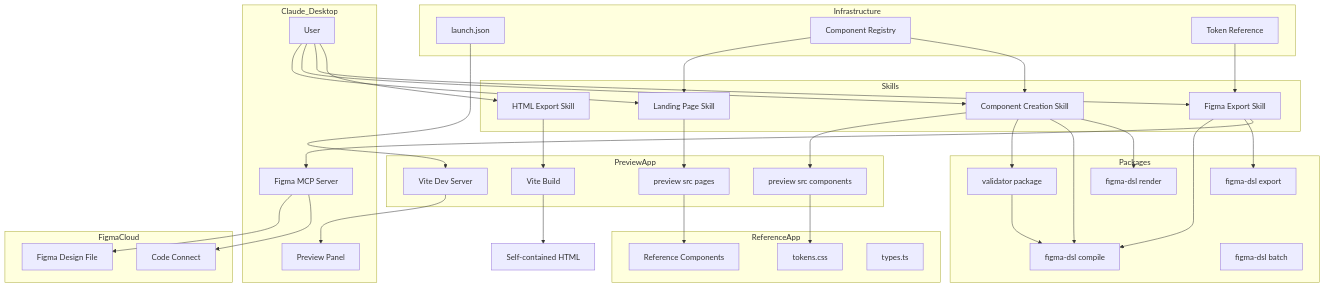
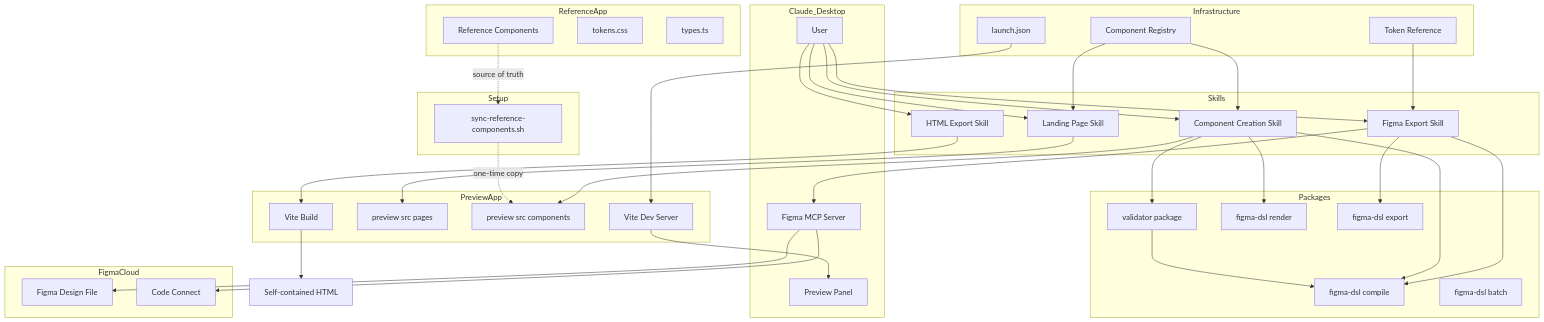
The first of 7 diagrams in .kiro/specs/claude-desktop-interactive-workflow/design.md (TETRA2000/figma-component-dsl), drawn with Mermaid before and after one commit. The commit also changed other lines of this file and 2 other files, not shown here.

````diff
--- a/.kiro/specs/claude-desktop-interactive-workflow/design.md
+++ b/.kiro/specs/claude-desktop-interactive-workflow/design.md
@@ -37,78 +37,82 @@
 ```mermaid
 graph TB
     subgraph Claude_Desktop
         User[User]
         Preview[Preview Panel]
         FigmaMCP[Figma MCP Server]
     end
 
     subgraph Skills
         LandingSkill[Landing Page Skill]
         ComponentSkill[Component Creation Skill]
         FigmaSkill[Figma Export Skill]
         HTMLSkill[HTML Export Skill]
     end
 
     subgraph Infrastructure
         LaunchJSON[launch.json]
         Registry[Component Registry]
         TokenRef[Token Reference]
     end
 
     subgraph PreviewApp
         ViteDev[Vite Dev Server]
         SrcPages[preview src pages]
         SrcComponents[preview src components]
         ViteBuild[Vite Build]
     end
 
     subgraph Packages
         Validator[validator package]
         Compile[figma-dsl compile]
         Render[figma-dsl render]
         Export[figma-dsl export]
         Batch[figma-dsl batch]
     end
 
     subgraph ReferenceApp
         RefComponents[Reference Components]
         TokensCSS[tokens.css]
         TypesTS[types.ts]
     end
 
+    subgraph Setup
+        SyncScript[sync-reference-components.sh]
+    end
+
     subgraph FigmaCloud
         FigmaFile[Figma Design File]
         CodeConnect[Code Connect]
     end
 
     User --> LandingSkill
     User --> ComponentSkill
     User --> FigmaSkill
     User --> HTMLSkill
 
     LandingSkill --> SrcPages
     ComponentSkill --> SrcComponents
     ComponentSkill --> Validator
     FigmaSkill --> Compile
     FigmaSkill --> Export
     FigmaSkill --> FigmaMCP
     HTMLSkill --> ViteBuild
 
     ComponentSkill --> Compile
     ComponentSkill --> Render
 
     LaunchJSON --> ViteDev
     ViteDev --> Preview
     ViteBuild --> HTMLOutput[Self-contained HTML]
 
     FigmaMCP --> FigmaFile
     FigmaMCP --> CodeConnect
 
-    SrcPages --> RefComponents
-    SrcComponents --> TokensCSS
+    SyncScript -.->|one-time copy| SrcComponents
+    RefComponents -.->|source of truth| SyncScript
     Registry --> LandingSkill
     Registry --> ComponentSkill
     TokenRef --> FigmaSkill
 
     Validator --> Compile
 ```
````
